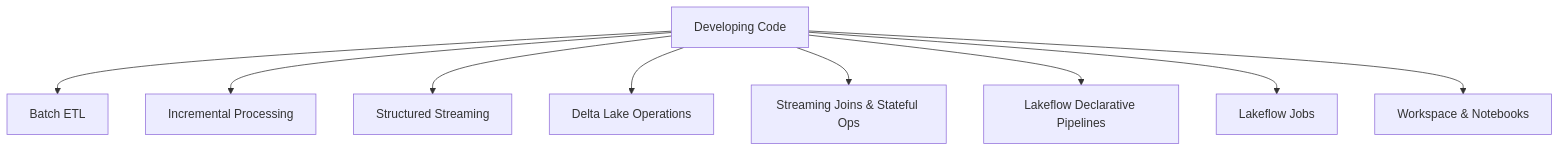
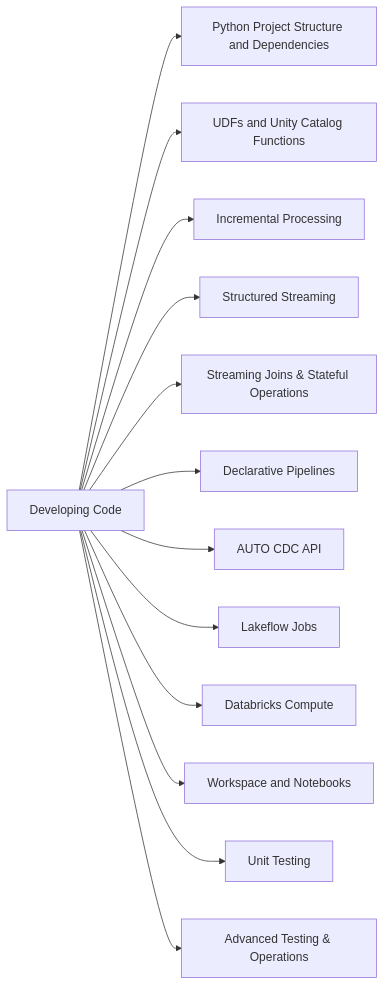
One commit to kengio/databricks-certification-study-guide changed the diagram in certifications/data-engineer-professional/01-developing-code-for-data-processing/README.md. Above: the diagram before and after it, drawn with Mermaid. The commit also changed other lines of this file and 209 other files, not shown here.

````diff
--- a/certifications/data-engineer-professional/01-developing-code-for-data-processing/README.md
+++ b/certifications/data-engineer-professional/01-developing-code-for-data-processing/README.md
@@ -17,11 +17,16 @@
 ```mermaid
-flowchart TD
-    DC[Developing Code] --> Batch[Batch ETL]
-    DC --> Inc[Incremental Processing]
-    DC --> Stream[Structured Streaming]
-    DC --> Delta[Delta Lake Operations]
-    DC --> SJ[Streaming Joins & Stateful Ops]
-    DC --> LDP[Lakeflow Declarative Pipelines]
-    DC --> LJ[Lakeflow Jobs]
-    DC --> WS[Workspace & Notebooks]
+flowchart LR
+    D[Developing Code]
+    D --> T1["Python Project Structure and Dependencies"]
+    D --> T2["UDFs and Unity Catalog Functions"]
+    D --> T3["Incremental Processing"]
+    D --> T4["Structured Streaming"]
+    D --> T5["Streaming Joins & Stateful Operations"]
+    D --> T6["Declarative Pipelines"]
+    D --> T7["AUTO CDC API"]
+    D --> T8["Lakeflow Jobs"]
+    D --> T9["Databricks Compute"]
+    D --> T10["Workspace and Notebooks"]
+    D --> T11["Unit Testing"]
+    D --> T12["Advanced Testing & Operations"]
 ```
````
